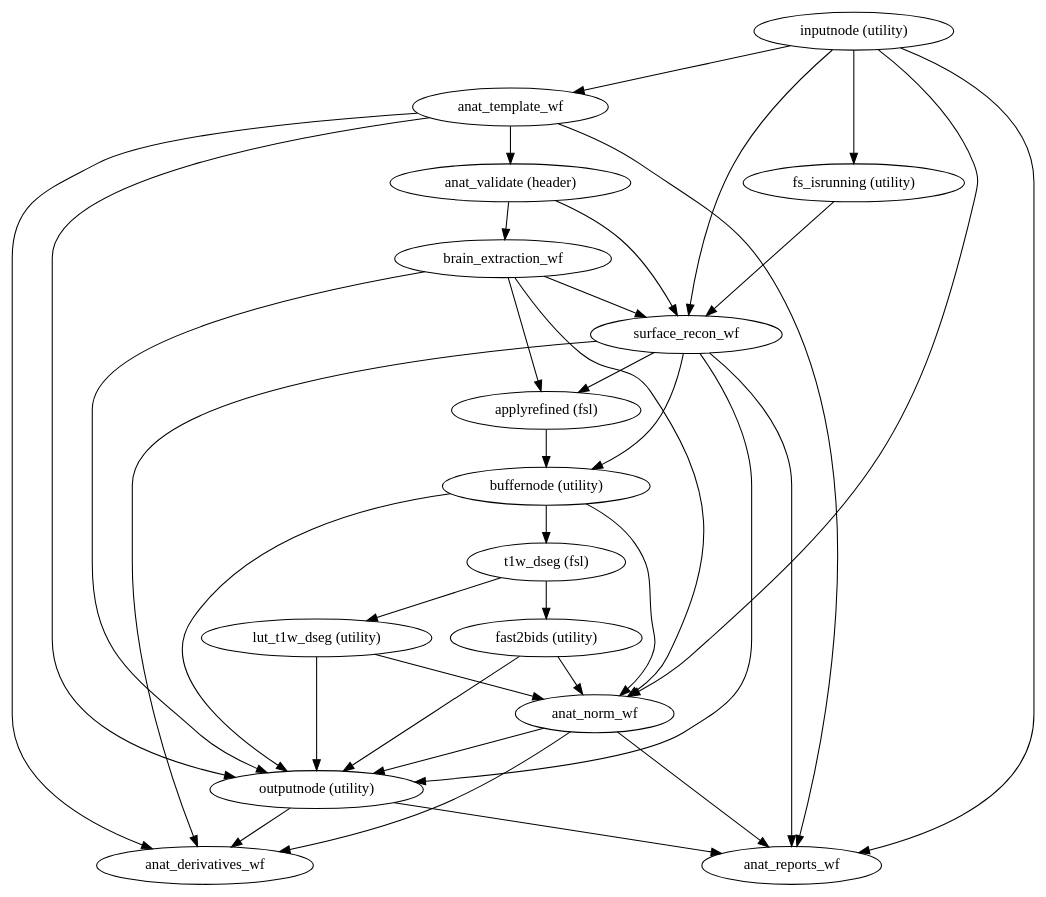
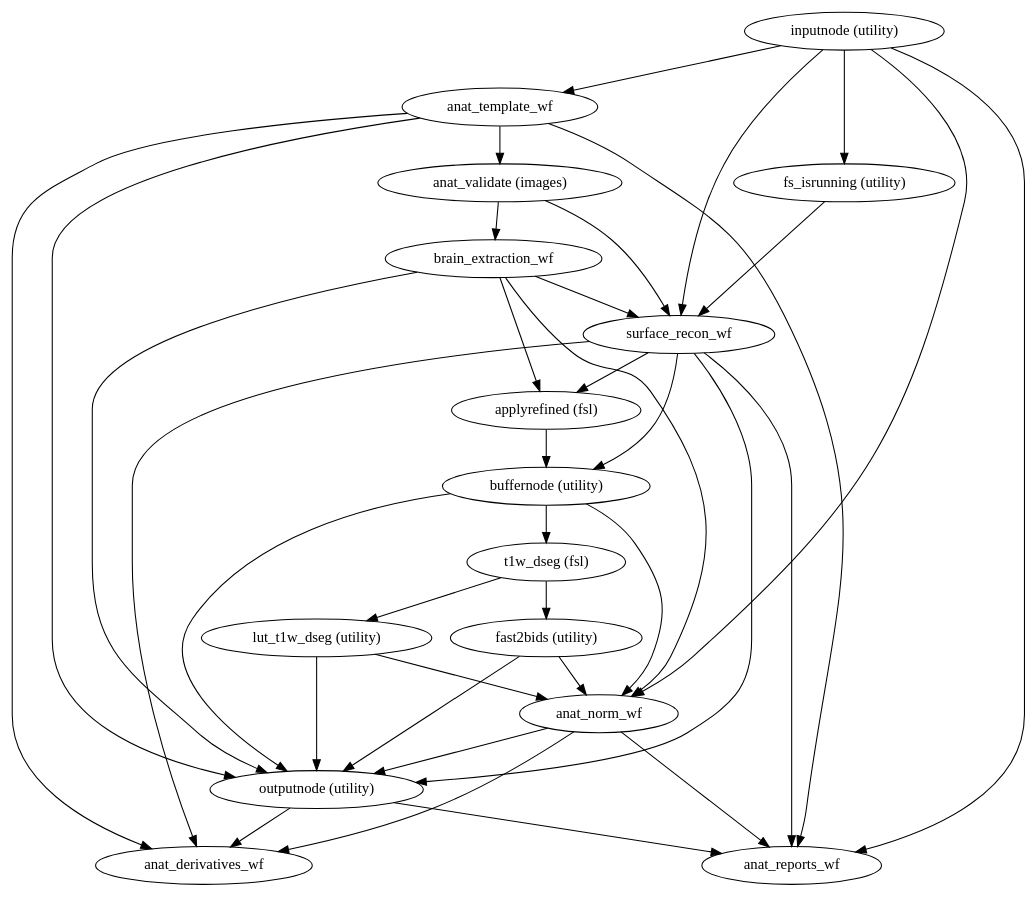
Before and after one commit to pcamach2/smriprep: the diagram in 0.8.0rc2/wf_directive/api/anat_preproc_wf/smriprep-workflows-anatomical-1.dot, drawn with Graphviz. The commit also changed 5821 other files, not shown here.

```diff
--- a/0.8.0rc2/wf_directive/api/anat_preproc_wf/smriprep-workflows-anatomical-1.dot
+++ b/0.8.0rc2/wf_directive/api/anat_preproc_wf/smriprep-workflows-anatomical-1.dot
@@ -1,53 +1,53 @@
 strict digraph  {
 "outputnode (utility)";
 anat_reports_wf;
 anat_derivatives_wf;
 "inputnode (utility)";
 anat_template_wf;
 anat_norm_wf;
 "fs_isrunning (utility)";
 surface_recon_wf;
-"anat_validate (header)";
+"anat_validate (images)";
 brain_extraction_wf;
 "applyrefined (fsl)";
 "buffernode (utility)";
 "t1w_dseg (fsl)";
 "lut_t1w_dseg (utility)";
 "fast2bids (utility)";
 "outputnode (utility)" -> anat_reports_wf;
 "outputnode (utility)" -> anat_derivatives_wf;
 "inputnode (utility)" -> anat_template_wf;
 "inputnode (utility)" -> anat_norm_wf;
 "inputnode (utility)" -> anat_reports_wf;
 "inputnode (utility)" -> "fs_isrunning (utility)";
 "inputnode (utility)" -> surface_recon_wf;
-anat_template_wf -> "anat_validate (header)";
+anat_template_wf -> "anat_validate (images)";
 anat_template_wf -> "outputnode (utility)";
 anat_template_wf -> anat_reports_wf;
 anat_template_wf -> anat_derivatives_wf;
 anat_norm_wf -> "outputnode (utility)";
 anat_norm_wf -> anat_reports_wf;
 anat_norm_wf -> anat_derivatives_wf;
 "fs_isrunning (utility)" -> surface_recon_wf;
 surface_recon_wf -> "applyrefined (fsl)";
 surface_recon_wf -> "outputnode (utility)";
 surface_recon_wf -> "buffernode (utility)";
 surface_recon_wf -> anat_reports_wf;
 surface_recon_wf -> anat_derivatives_wf;
-"anat_validate (header)" -> brain_extraction_wf;
-"anat_validate (header)" -> surface_recon_wf;
+"anat_validate (images)" -> brain_extraction_wf;
+"anat_validate (images)" -> surface_recon_wf;
 brain_extraction_wf -> "outputnode (utility)";
 brain_extraction_wf -> anat_norm_wf;
 brain_extraction_wf -> surface_recon_wf;
 brain_extraction_wf -> "applyrefined (fsl)";
 "applyrefined (fsl)" -> "buffernode (utility)";
 "buffernode (utility)" -> "outputnode (utility)";
 "buffernode (utility)" -> anat_norm_wf;
 "buffernode (utility)" -> "t1w_dseg (fsl)";
 "t1w_dseg (fsl)" -> "lut_t1w_dseg (utility)";
 "t1w_dseg (fsl)" -> "fast2bids (utility)";
 "lut_t1w_dseg (utility)" -> anat_norm_wf;
 "lut_t1w_dseg (utility)" -> "outputnode (utility)";
 "fast2bids (utility)" -> anat_norm_wf;
 "fast2bids (utility)" -> "outputnode (utility)";
 }
```
